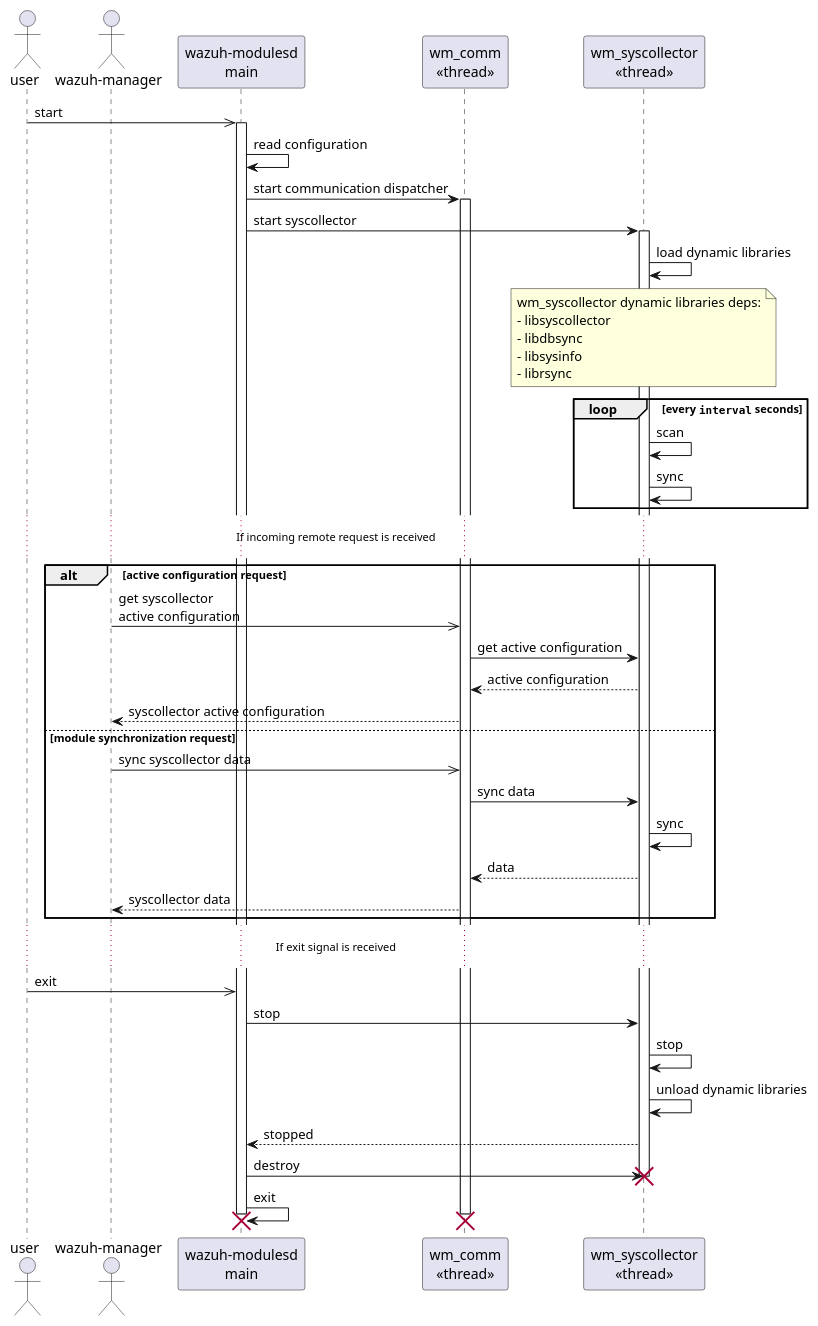
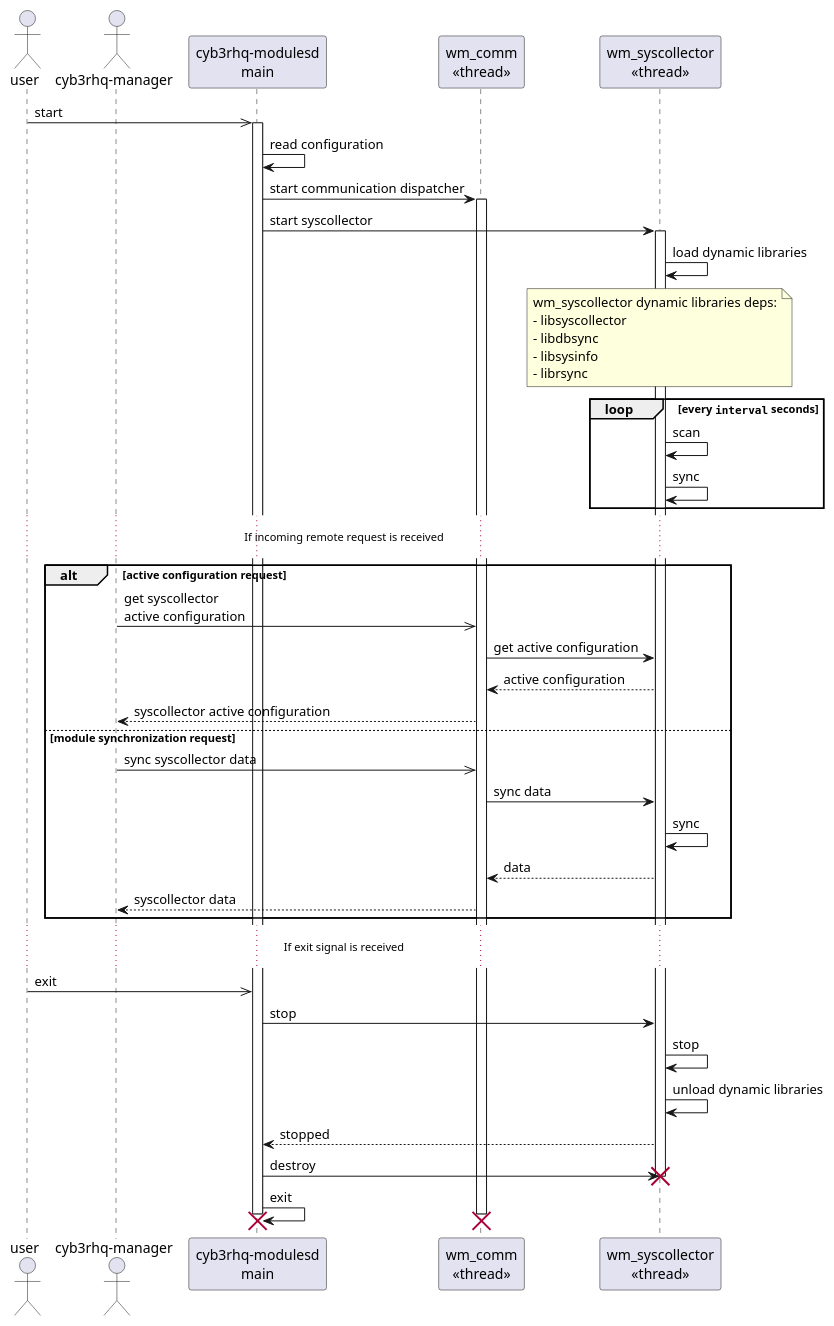
One commit to Cyb3rhq/cyb3rhq changed the diagram in architecture/syscollector/001-sequence-wm-syscollector.puml. Above: the diagram before and after it, drawn with PlantUML. The commit also changed other lines of this file and 2972 other files, not shown here.

```diff
--- a/architecture/syscollector/001-sequence-wm-syscollector.puml
+++ b/architecture/syscollector/001-sequence-wm-syscollector.puml
@@ -5,50 +5,50 @@
 @startuml wm-syscollector
 
 actor user
-actor "wazuh-manager" as manager
-participant "wazuh-modulesd\nmain" as main
+actor "cyb3rhq-manager" as manager
+participant "cyb3rhq-modulesd\nmain" as main
 participant "wm_comm\n<<thread>>" as comm
 participant "wm_syscollector\n<<thread>>" as wm_syscollector
 
 
 user ->> main++: start
 main -> main: read configuration
 main -> comm++: start communication dispatcher
 main -> wm_syscollector++: start syscollector
 wm_syscollector -> wm_syscollector: load dynamic libraries
 note over wm_syscollector
     wm_syscollector dynamic libraries deps:
     - libsyscollector
     - libdbsync
     - libsysinfo
     - librsync
 end note
 loop every ""interval"" seconds
     wm_syscollector -> wm_syscollector: scan
     wm_syscollector -> wm_syscollector: sync
 end
 ... If incoming remote request is received ...
 alt active configuration request
     manager ->> comm: get syscollector\nactive configuration
     comm -> wm_syscollector: get active configuration
     comm <-- wm_syscollector: active configuration
     manager <-- comm: syscollector active configuration
 else module synchronization request
     manager ->> comm: sync syscollector data
     comm -> wm_syscollector: sync data
     wm_syscollector -> wm_syscollector: sync
     comm <-- wm_syscollector: data
     manager <-- comm: syscollector data
 end
 ... If exit signal is received ...
 
 user ->> main: exit
 main -> wm_syscollector: stop
 wm_syscollector -> wm_syscollector: stop
 wm_syscollector -> wm_syscollector: unload dynamic libraries
 main <-- wm_syscollector: stopped
 main -> wm_syscollector!!: destroy
 main -> main!!:exit
 destroy comm
 
 @enduml
```
